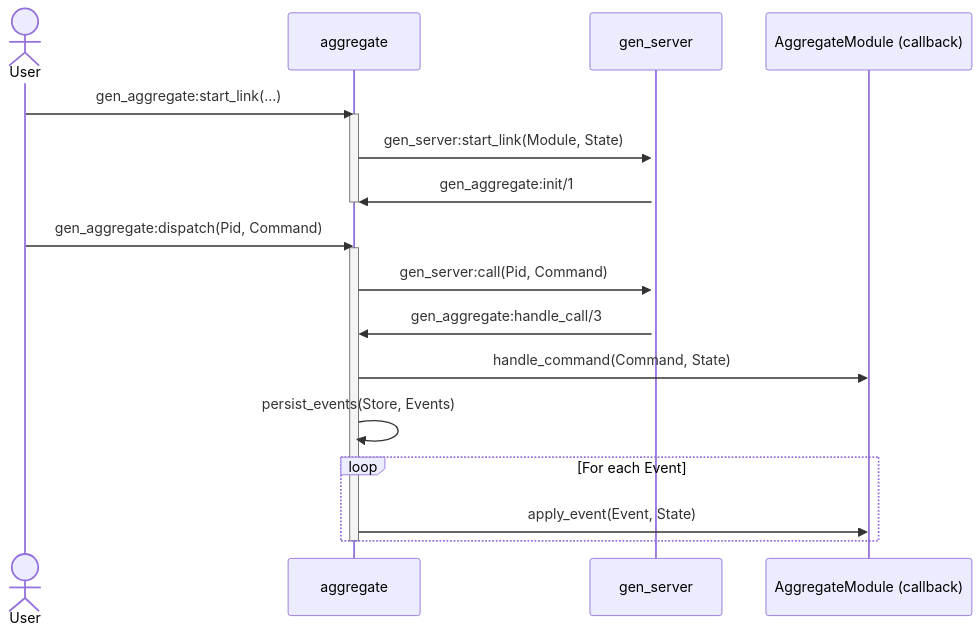
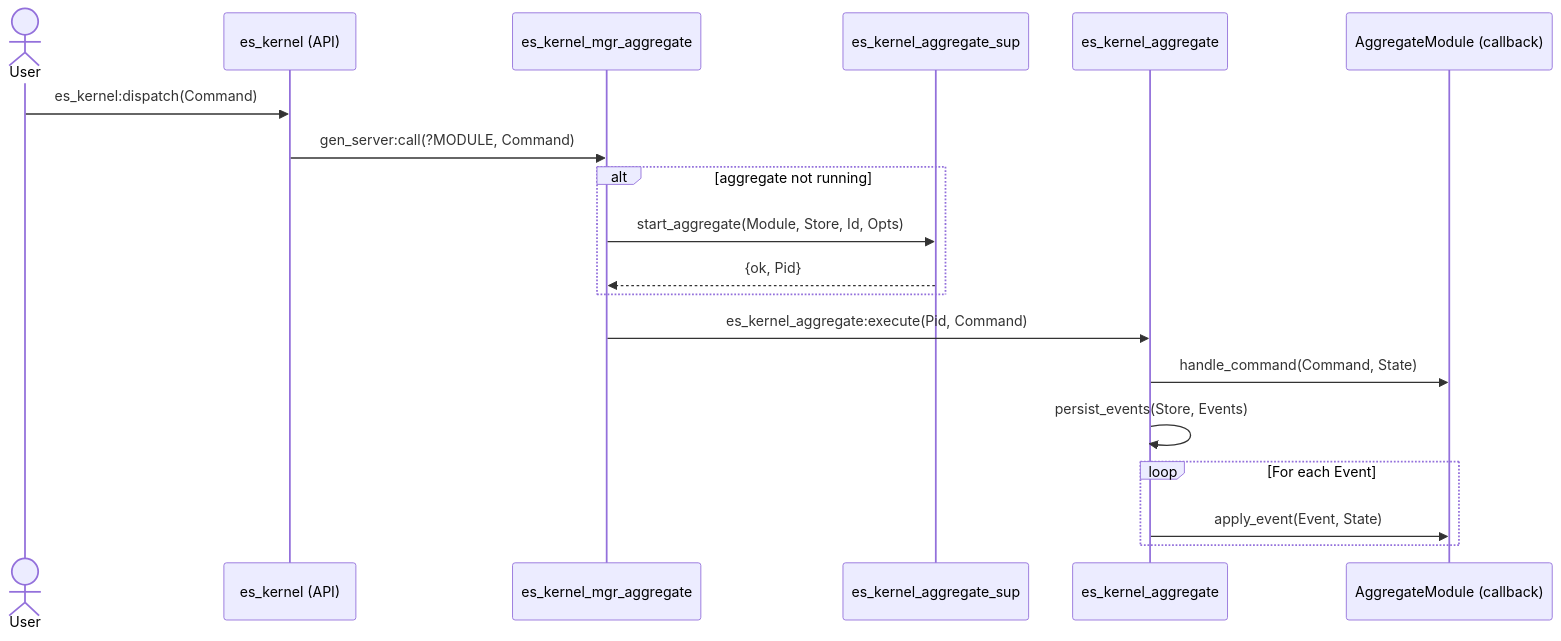
Before and after one commit to ccamel/erlang-event-sourcing-xp: the first of 2 diagrams in README.md, drawn with Mermaid. The commit also changed other lines of this file and 1 other file, not shown here.

Commit message:
docs(README): document kernel refactor and supervision tree

````diff
--- a/README.md
+++ b/README.md
@@ -206,26 +218,25 @@
 ```mermaid
 sequenceDiagram
     actor User
-    participant GenAggregate as aggregate
-    participant GenServer as gen_server
+    participant Kernel as es_kernel (API)
+    participant AggMgr as es_kernel_mgr_aggregate
+    participant AggSup as es_kernel_aggregate_sup
+    participant Agg as es_kernel_aggregate
     participant DomainModule as AggregateModule (callback)
 
-    User ->> GenAggregate: gen_aggregate:start_link(...)
-    activate GenAggregate
-    GenAggregate ->>+ GenServer: gen_server:start_link(Module, State)
-    GenServer ->> GenAggregate: gen_aggregate:init/1
-    deactivate GenAggregate
+    User ->> Kernel: es_kernel:dispatch(Command)
+    Kernel ->> AggMgr: gen_server:call(?MODULE, Command)
 
-    User ->> GenAggregate: gen_aggregate:dispatch(Pid, Command)
-    activate GenAggregate
-    GenAggregate ->> GenServer: gen_server:call(Pid, Command)
-    GenServer ->> GenAggregate: gen_aggregate:handle_call/3
+    alt aggregate not running
+        AggMgr ->> AggSup: start_aggregate(Module, Store, Id, Opts)
+        AggSup -->> AggMgr: {ok, Pid}
+    end
 
-    GenAggregate ->> DomainModule: handle_command(Command, State)
-    GenAggregate ->> GenAggregate: persist_events(Store, Events)
+    AggMgr ->> Agg: es_kernel_aggregate:execute(Pid, Command)
+    Agg ->> DomainModule: handle_command(Command, State)
+    Agg ->> Agg: persist_events(Store, Events)
 
     loop For each Event
-        GenAggregate ->> DomainModule: apply_event(Event, State)
+        Agg ->> DomainModule: apply_event(Event, State)
     end
-    deactivate GenAggregate
 ```
````
